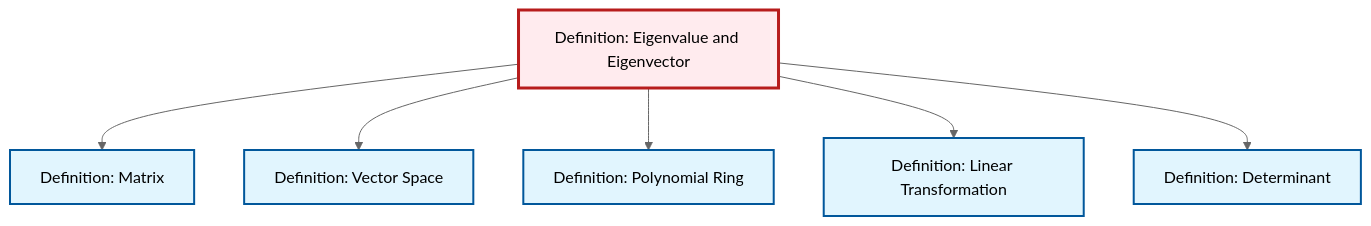
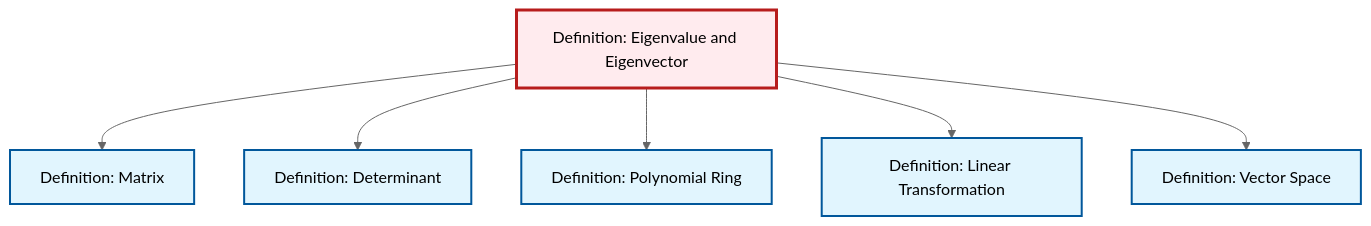
Before and after one commit to RK0429/ModernMath: the diagram in content/ja/algebra/def-eigenvalue-eigenvector.qmd, drawn with Mermaid (neutral theme). The commit also changed other lines of this file and 597 other files, not shown here.

````diff
--- a/content/ja/algebra/def-eigenvalue-eigenvector.qmd
+++ b/content/ja/algebra/def-eigenvalue-eigenvector.qmd
@@ -77,26 +77,26 @@
 ```{mermaid}
 %%| fig-cap: "Local dependency graph"
 graph TD
     classDef definition fill:#e1f5fe,stroke:#01579b,stroke-width:2px
     classDef theorem fill:#f3e5f5,stroke:#4a148c,stroke-width:2px
     classDef axiom fill:#fff3e0,stroke:#e65100,stroke-width:2px
     classDef example fill:#e8f5e9,stroke:#1b5e20,stroke-width:2px
     classDef current fill:#ffebee,stroke:#b71c1c,stroke-width:3px
+    def-polynomial-ring["Definition: Polynomial Ring"]:::definition
     def-vector-space["Definition: Vector Space"]:::definition
+    def-determinant["Definition: Determinant"]:::definition
     def-matrix["Definition: Matrix"]:::definition
-    def-determinant["Definition: Determinant"]:::definition
+    def-linear-transformation["Definition: Linear Transformation"]:::definition
     def-eigenvalue-eigenvector["Definition: Eigenvalue and Eigenvector"]:::definition
-    def-polynomial-ring["Definition: Polynomial Ring"]:::definition
-    def-linear-transformation["Definition: Linear Transformation"]:::definition
     def-eigenvalue-eigenvector --> def-matrix
-    def-eigenvalue-eigenvector --> def-vector-space
+    def-eigenvalue-eigenvector --> def-determinant
     def-eigenvalue-eigenvector --> def-polynomial-ring
     def-eigenvalue-eigenvector --> def-linear-transformation
-    def-eigenvalue-eigenvector --> def-determinant
+    def-eigenvalue-eigenvector --> def-vector-space
     class def-eigenvalue-eigenvector current
+    click def-polynomial-ring "def-polynomial-ring.html" "Definition: Polynomial Ringへ"
     click def-vector-space "def-vector-space.html" "Definition: Vector Spaceへ"
+    click def-determinant "def-determinant.html" "Definition: Determinantへ"
     click def-matrix "def-matrix.html" "Definition: Matrixへ"
-    click def-determinant "def-determinant.html" "Definition: Determinantへ"
-    click def-polynomial-ring "def-polynomial-ring.html" "Definition: Polynomial Ringへ"
     click def-linear-transformation "def-linear-transformation.html" "Definition: Linear Transformationへ"
 ```
````
